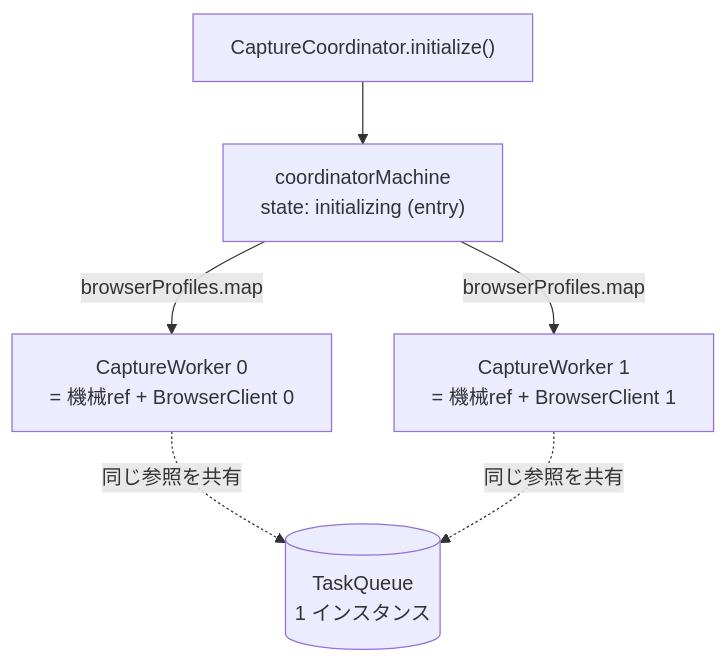
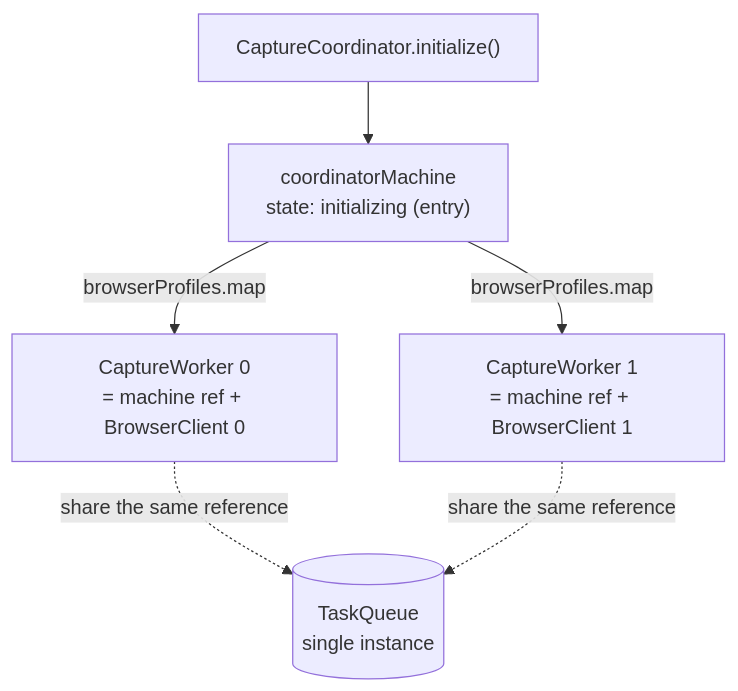
Before and after one commit to uraitakahito/browserhive: the first of 4 diagrams in docs-site/src/content/docs/worker-spawn-and-loop.mdx, drawn with Mermaid. The commit also changed other lines of this file and 17 other files, not shown here.

````diff
--- a/docs-site/src/content/docs/worker-spawn-and-loop.mdx
+++ b/docs-site/src/content/docs/worker-spawn-and-loop.mdx
@@ -59,9 +67,9 @@
 ```mermaid
 flowchart TD
   CO["CaptureCoordinator.initialize()"] --> CM["coordinatorMachine<br>state: initializing (entry)"]
-  CM -->|"browserProfiles.map"| W0["CaptureWorker 0<br>= 機械ref + BrowserClient 0"]
-  CM -->|"browserProfiles.map"| W1["CaptureWorker 1<br>= 機械ref + BrowserClient 1"]
-  TQ[("TaskQueue<br>1 インスタンス")]
-  W0 -. 同じ参照を共有 .-> TQ
-  W1 -. 同じ参照を共有 .-> TQ
+  CM -->|"browserProfiles.map"| W0["CaptureWorker 0<br>= machine ref + BrowserClient 0"]
+  CM -->|"browserProfiles.map"| W1["CaptureWorker 1<br>= machine ref + BrowserClient 1"]
+  TQ[("TaskQueue<br>single instance")]
+  W0 -. share the same reference .-> TQ
+  W1 -. share the same reference .-> TQ
 ```
````
